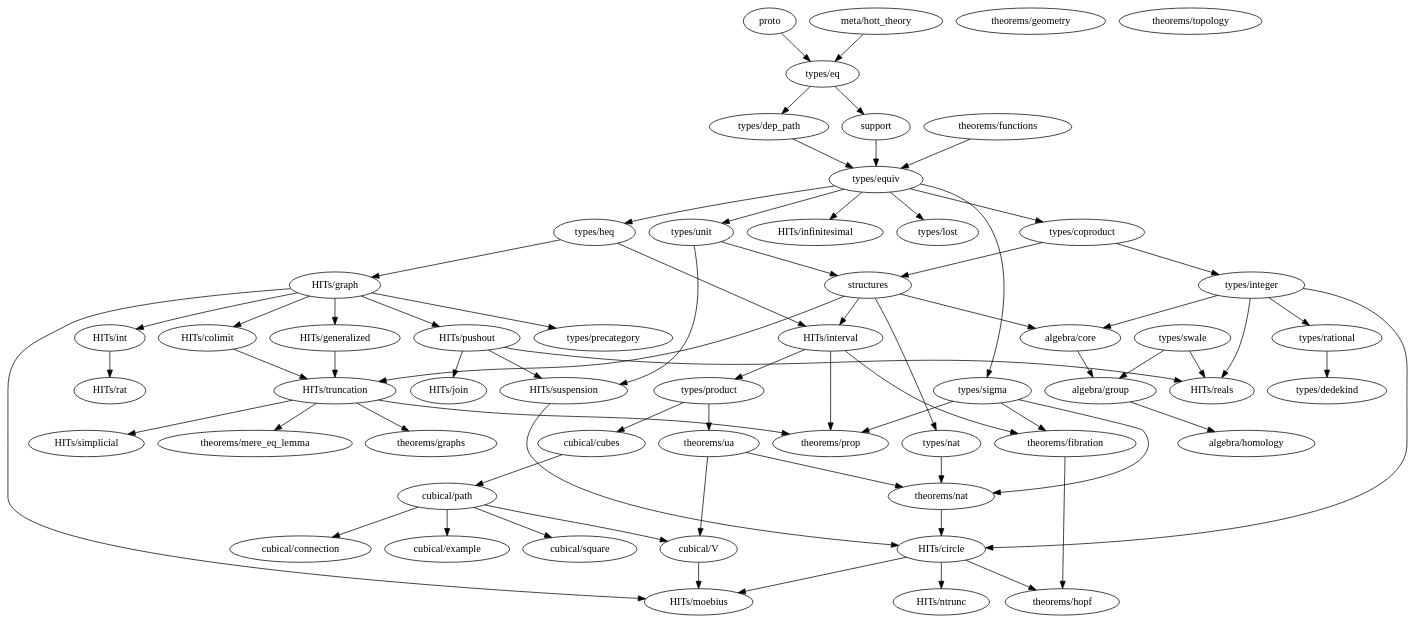
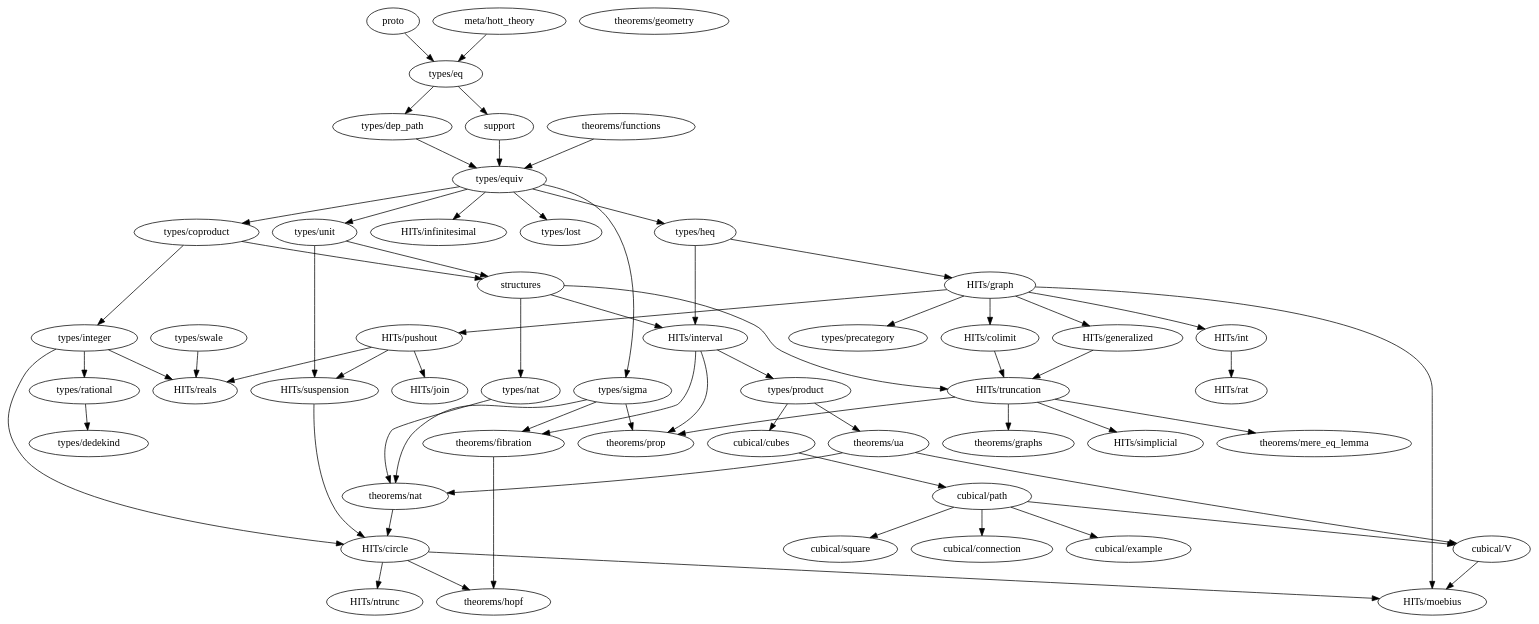
Before and after one commit to forked-from-1kasper/ground_zero: the diagram in dependency_map.gv, drawn with Graphviz. The commit also changed 5 other files, not shown here.

```diff
--- a/dependency_map.gv
+++ b/dependency_map.gv
@@ -1,115 +1,106 @@
 digraph dependency_map {
   proto -> "types/eq"
   "meta/hott_theory" -> "types/eq"
   support -> "types/equiv"
   structures -> {
     "HITs/interval",
     "HITs/truncation",
-    "algebra/core",
     "types/nat"
-  }
-
-  subgraph algebra {
-    "algebra/core" -> "algebra/group"
-    "algebra/group" -> "algebra/homology"
-    "algebra/homology"
   }
 
   subgraph types {
     "types/coproduct" -> { "types/integer", structures }
     "types/dedekind"
     "types/dep_path" -> "types/equiv"
     "types/eq" -> { "types/dep_path", support }
     "types/equiv" -> {
       "types/heq",
       "HITs/infinitesimal",
       "types/coproduct",
       "types/lost",
       "types/unit",
       "types/sigma"
     }
     "types/heq" -> {
       "HITs/interval",
       "HITs/graph"
     }
     "types/integer" -> {
       "HITs/circle",
       "HITs/reals",
-      "algebra/core",
       "types/rational"
     }
     "types/lost"
     "types/nat" -> { "theorems/nat" }
     "types/product" -> { "cubical/cubes", "theorems/ua" }
     "types/rational" -> { "types/dedekind" }
     "types/sigma" -> { "theorems/fibration", "theorems/prop", "theorems/nat" }
-    "types/swale" -> { "HITs/reals", "algebra/group" }
+    "types/swale" -> { "HITs/reals" }
     "types/unit" -> { structures, "HITs/suspension" }
   }
 
   subgraph HITs {
     "HITs/circle" -> { "HITs/ntrunc", "theorems/hopf", "HITs/moebius" }
     "HITs/colimit" -> "HITs/truncation"
     "HITs/generalized" -> "HITs/truncation"
     "HITs/graph" -> {
       "HITs/colimit",
       "HITs/generalized",
       "HITs/int",
       "HITs/pushout",
       "HITs/moebius",
       "types/precategory"
     }
     "HITs/infinitesimal"
     "HITs/int" -> "HITs/rat"
     "HITs/interval" -> {
       "types/product",
       "theorems/prop",
       "theorems/fibration"
     }
     "HITs/join"
     "HITs/moebius"
     "HITs/ntrunc"
     "HITs/pushout" -> {
       "HITs/join",
       "HITs/reals",
       "HITs/suspension"
     }
     "HITs/rat"
     "HITs/reals"
     "HITs/simplicial"
     "HITs/suspension" -> "HITs/circle"
     "HITs/truncation" -> {
       "theorems/mere_eq_lemma",
       "theorems/prop",
       "theorems/graphs",
       "HITs/simplicial"
     }
   }
 
   subgraph cubical {
     "cubical/connection"
     "cubical/cubes" -> "cubical/path"
     "cubical/example"
     "cubical/path" -> {
       "cubical/square",
       "cubical/example",
       "cubical/V",
       "cubical/connection"
     }
     "cubical/square"
     "cubical/V" -> "HITs/moebius"
   }
 
   subgraph theorems {
     "theorems/fibration" -> { "theorems/hopf" }
     "theorems/functions" -> { "types/equiv" }
     "theorems/geometry"
     "theorems/graphs"
     "theorems/hopf"
     "theorems/mere_eq_lemma"
     "theorems/nat" -> { "HITs/circle" }
     "theorems/prop"
-    "theorems/topology"
     "theorems/ua" -> { "theorems/nat", "cubical/V" }
   }
 }
```
